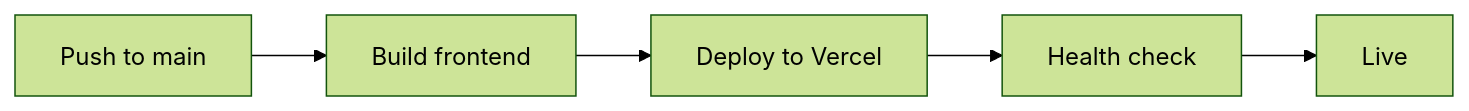
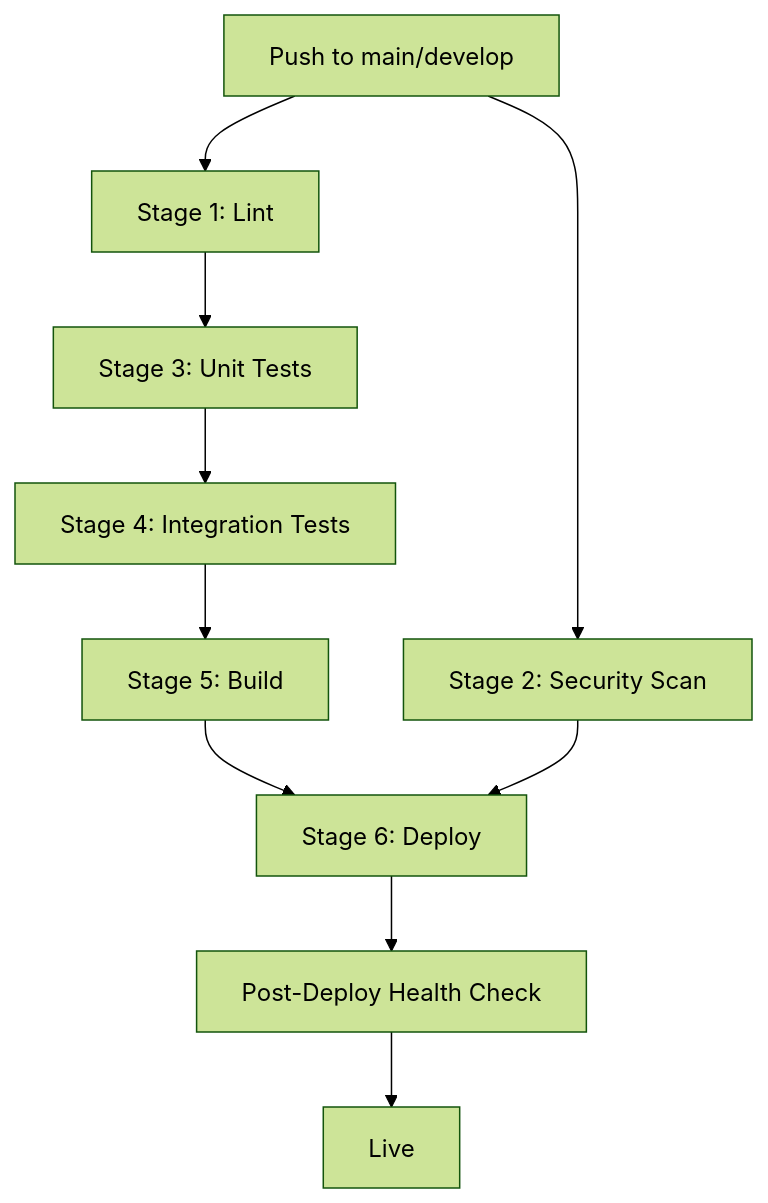
The diagram in docs/deployment/ci-cd.md (davidamoah1/Data-Integration-and-Analytics), drawn with Mermaid (forest theme) before and after one commit. The commit also changed other lines of this file and 208 other files, not shown here.

````diff
--- a/docs/deployment/ci-cd.md
+++ b/docs/deployment/ci-cd.md
@@ -34,7 +28,12 @@
 ```mermaid
-flowchart LR
-    Push[Push to main] --> Build[Build frontend]
-    Build --> Deploy[Deploy to Vercel]
-    Deploy --> Health[Health check]
-    Health --> Live[Live]
+flowchart TB
+    Push[Push to main/develop] --> Lint[Stage 1: Lint]
+    Push --> Security[Stage 2: Security Scan]
+    Lint --> UnitTests[Stage 3: Unit Tests]
+    UnitTests --> Integration[Stage 4: Integration Tests]
+    Integration --> Build[Stage 5: Build]
+    Build --> Deploy[Stage 6: Deploy]
+    Security --> Deploy
+    Deploy --> HealthCheck[Post-Deploy Health Check]
+    HealthCheck --> Live[Live]
 ```
````
